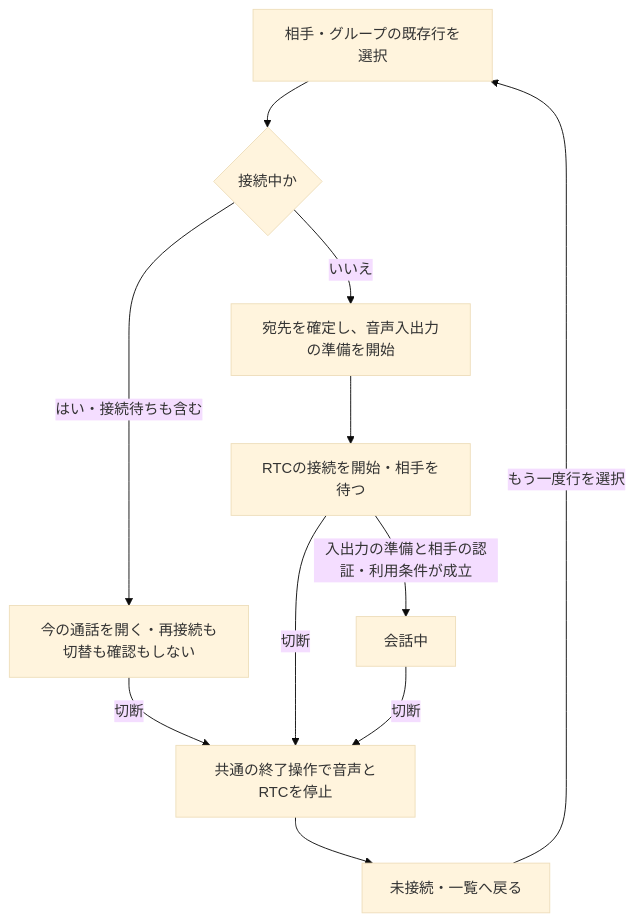
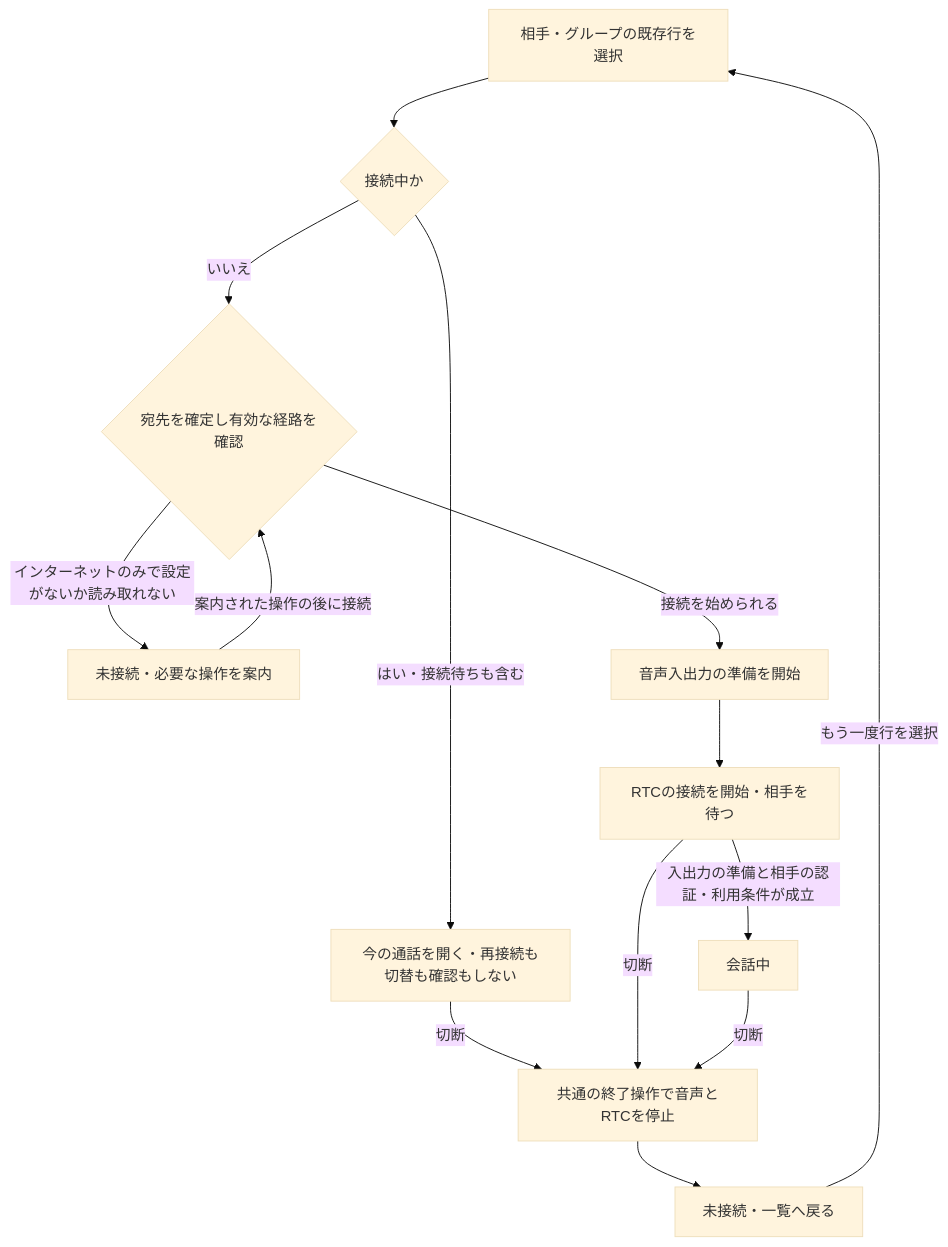
The second of 4 diagrams in docs/spec/App/UI/画面・状態遷移.md (eroccowaruico/RideCom), drawn with Mermaid (base theme) before and after one commit. The commit also changed 22 other files, not shown here.

````diff
--- a/docs/spec/App/UI/画面・状態遷移.md
+++ b/docs/spec/App/UI/画面・状態遷移.md
@@ -48,13 +48,16 @@
 ```mermaid
 flowchart TD
     A[相手・グループの既存行を選択] --> X{接続中か}
     X -->|はい・接続待ちも含む| L[今の通話を開く・再接続も切替も確認もしない]
-    X -->|いいえ| C[宛先を確定し、音声入出力の準備を開始]
+    X -->|いいえ| P{宛先を確定し有効な経路を確認}
+    P -->|インターネットのみで設定がないか読み取れない| E[未接続・必要な操作を案内]
+    P -->|接続を始められる| C[音声入出力の準備を開始]
     C --> D[RTCの接続を開始・相手を待つ]
     D -->|入出力の準備と相手の認証・利用条件が成立| G[会話中]
     L -->|切断| H[共通の終了操作で音声とRTCを停止]
     D -->|切断| H
     G -->|切断| H
     H --> B[未接続・一覧へ戻る]
     B -->|もう一度行を選択| A
+    E -->|案内された操作の後に接続| P
 ```
````
